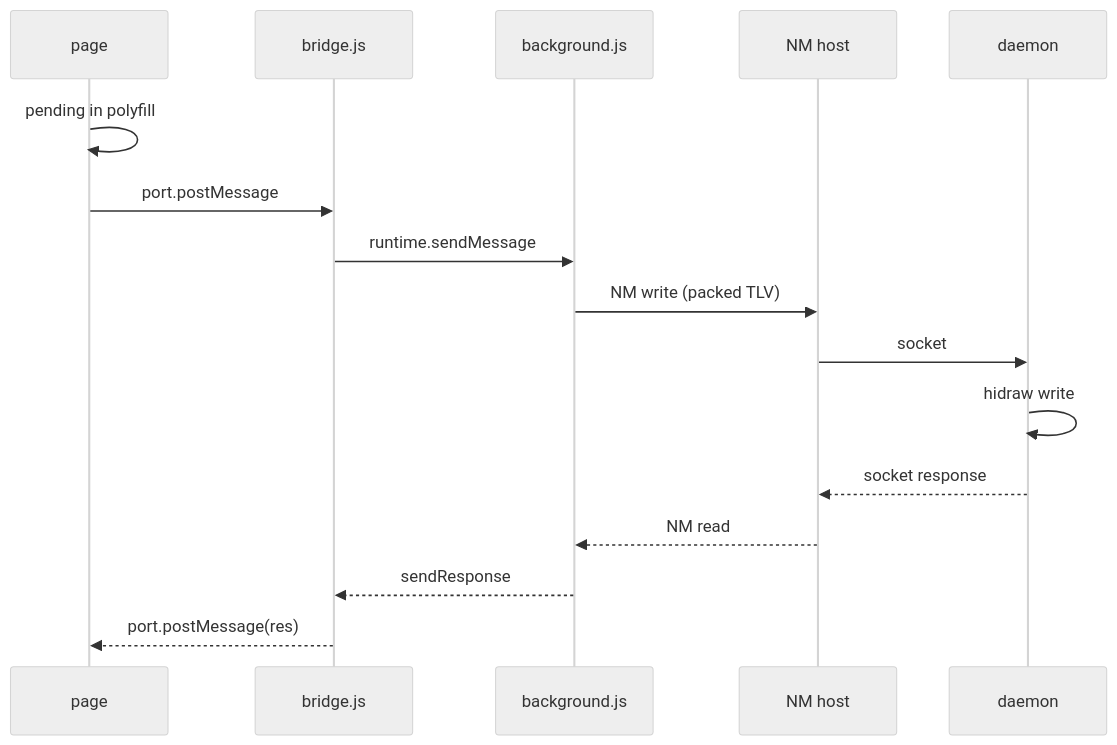
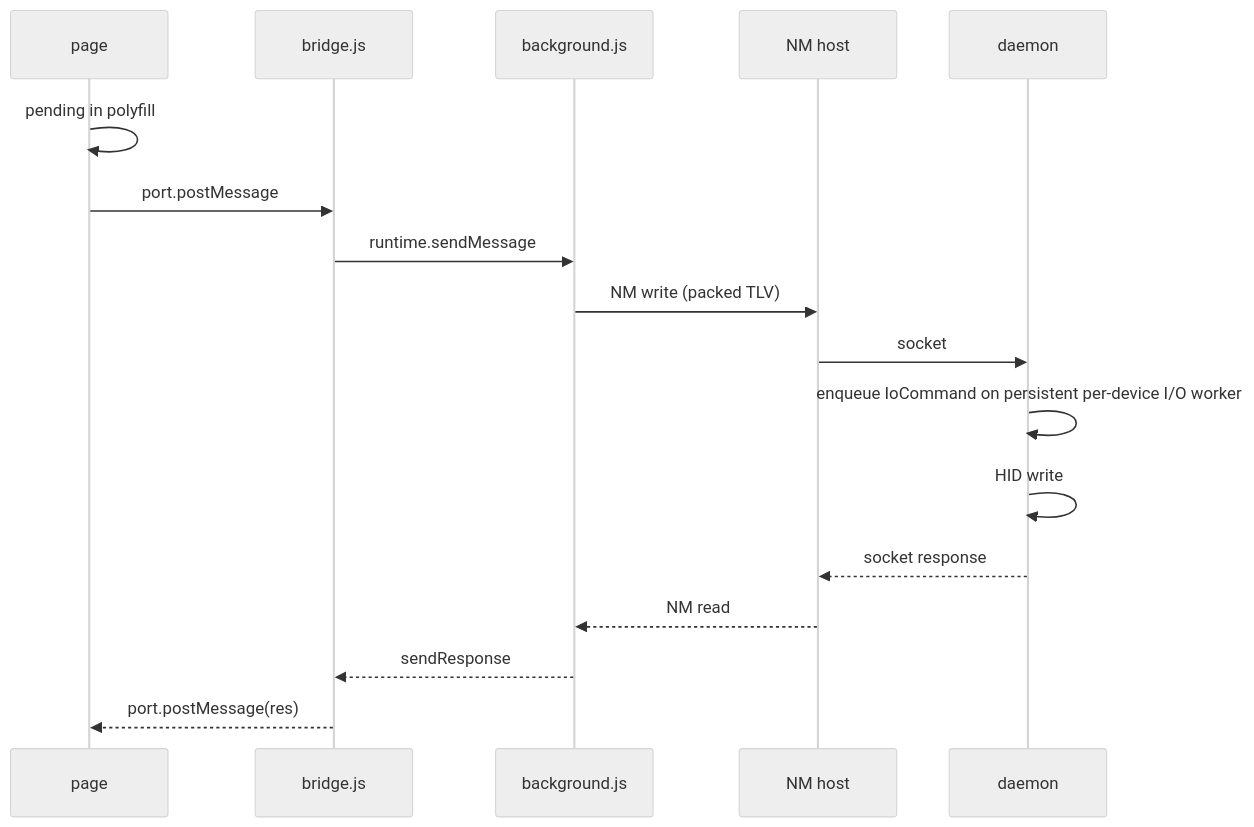
The fifth of 9 diagrams in docs/ARCHITECTURE.md (K4zoku/FF-WebHID), drawn with Mermaid (neutral theme) before and after one commit. The commit also changed other lines of this file and 4 other files, not shown here.

````diff
--- a/docs/ARCHITECTURE.md
+++ b/docs/ARCHITECTURE.md
@@ -334,19 +354,20 @@
 ```mermaid
 sequenceDiagram
     participant P as page
     participant B as bridge.js
     participant G as background.js
     participant N as NM host
     participant D as daemon
 
     P->>P: pending in polyfill
     P->>B: port.postMessage
     B->>G: runtime.sendMessage
     G->>N: NM write (packed TLV)
     N->>D: socket
-    D->>D: hidraw write
+    D->>D: enqueue IoCommand on persistent per-device I/O worker
+    D->>D: HID write
     D-->>N: socket response
     N-->>G: NM read
     G-->>B: sendResponse
     B-->>P: port.postMessage(res)
 ```
````
